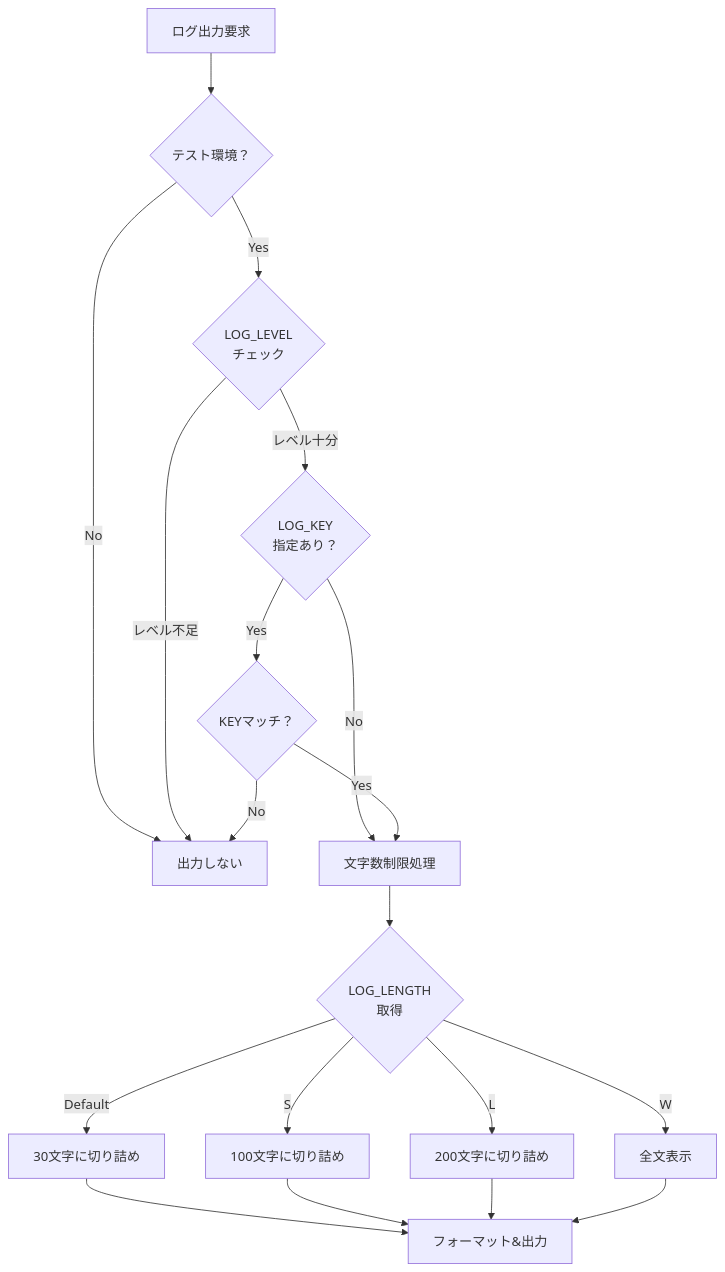
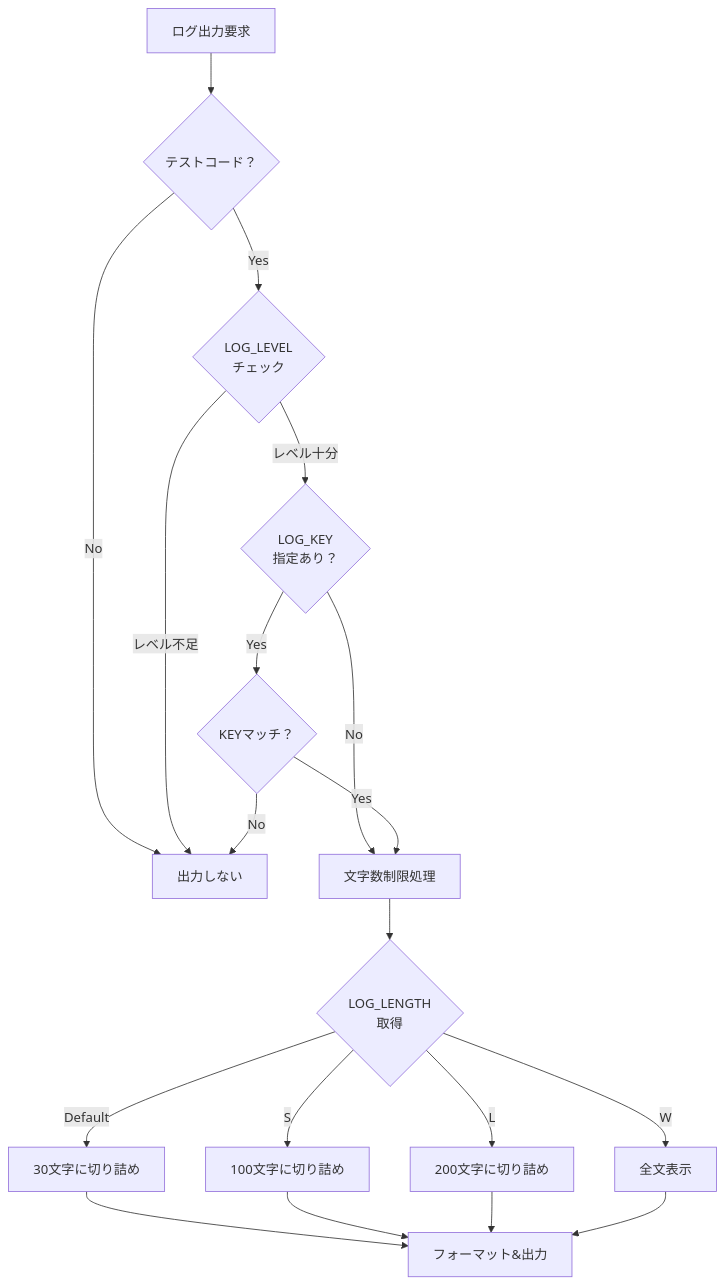
Before and after one commit to tettuan/breakdownlogger: the fourth of 6 diagrams in docs/development.ja.md, drawn with Mermaid. The commit also changed other lines of this file, not shown here.

````diff
--- a/docs/development.ja.md
+++ b/docs/development.ja.md
@@ -156,26 +156,26 @@
 ```mermaid
 flowchart TD
-    A[ログ出力要求] --> B{テスト環境？}
+    A[ログ出力要求] --> B{テストコード？}
     B -->|No| END[出力しない]
     B -->|Yes| C{LOG_LEVEL<br/>チェック}
     
     C -->|レベル不足| END
     C -->|レベル十分| D{LOG_KEY<br/>指定あり？}
     
     D -->|No| E[文字数制限処理]
     D -->|Yes| F{KEYマッチ？}
     
     F -->|No| END
     F -->|Yes| E
     
     E --> G{LOG_LENGTH<br/>取得}
     G -->|Default| H[30文字に切り詰め]
     G -->|S| I[100文字に切り詰め]
     G -->|L| J[200文字に切り詰め]
     G -->|W| K[全文表示]
     
     H --> OUTPUT[フォーマット&出力]
     I --> OUTPUT
     J --> OUTPUT
     K --> OUTPUT
 ```
````
